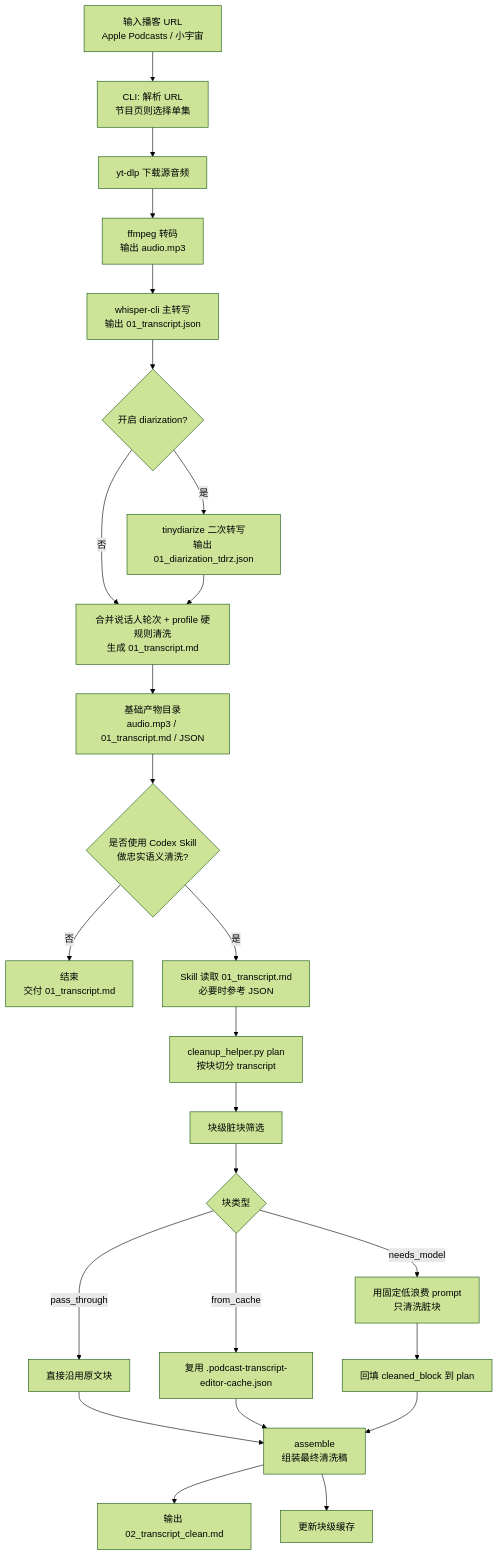
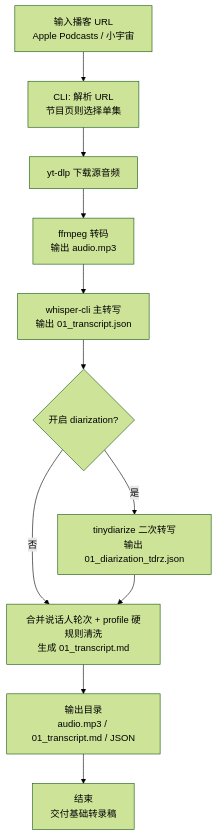
The diagram in README.md (kongdada/podcast-transcriber), drawn with Mermaid (forest theme) before and after one commit. The commit also changed other lines of this file and 8 other files, not shown here.

Commit message:
docs: remove deprecated cleanup skill references

````diff
--- a/README.md
+++ b/README.md
@@ -36,31 +33,13 @@
 ```mermaid
 flowchart TD
     A["输入播客 URL<br/>Apple Podcasts / 小宇宙"] --> B["CLI: 解析 URL<br/>节目页则选择单集"]
     B --> C["yt-dlp 下载源音频"]
     C --> D["ffmpeg 转码<br/>输出 audio.mp3"]
     D --> E["whisper-cli 主转写<br/>输出 01_transcript.json"]
     E --> F{"开启 diarization?"}
     F -- "是" --> G["tinydiarize 二次转写<br/>输出 01_diarization_tdrz.json"]
     F -- "否" --> H["直接进入排版"]
     G --> H["合并说话人轮次 + profile 硬规则清洗<br/>生成 01_transcript.md"]
-    H --> I["基础产物目录<br/>audio.mp3 / 01_transcript.md / JSON"]
-
-    I --> J{"是否使用 Codex Skill<br/>做忠实语义清洗?"}
-    J -- "否" --> K["结束<br/>交付 01_transcript.md"]
-    J -- "是" --> L["Skill 读取 01_transcript.md<br/>必要时参考 JSON"]
-
-    L --> M["cleanup_helper.py plan<br/>按块切分 transcript"]
-    M --> N["块级脏块筛选"]
-    N --> O{"块类型"}
-    O -- "pass_through" --> P["直接沿用原文块"]
-    O -- "from_cache" --> Q["复用 .podcast-transcript-editor-cache.json"]
-    O -- "needs_model" --> R["用固定低浪费 prompt<br/>只清洗脏块"]
-
-    P --> S["assemble<br/>组装最终清洗稿"]
-    Q --> S
-    R --> T["回填 cleaned_block 到 plan"]
-    T --> S
-
-    S --> U["输出 02_transcript_clean.md"]
-    S --> V["更新块级缓存"]
+    H --> I["输出目录<br/>audio.mp3 / 01_transcript.md / JSON"]
+    I --> J["结束<br/>交付基础转录稿"]
 ```
````
